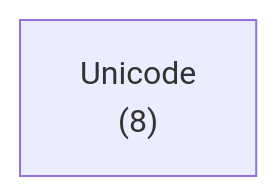
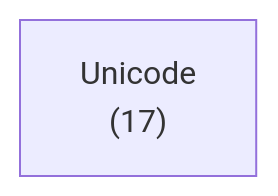
One commit to ruudkoot/rune changed the first of 2 diagrams in docs/lib/unicode/depends.md. Above: the diagram before and after it, drawn with Mermaid. The commit also changed other lines of this file and 62 other files, not shown here.

````diff
--- a/docs/lib/unicode/depends.md
+++ b/docs/lib/unicode/depends.md
@@ -24,4 +24,4 @@
 ```mermaid
 flowchart LR
-  a0["Unicode<br>(8)"]
+  a0["Unicode<br>(17)"]
 ```
````
